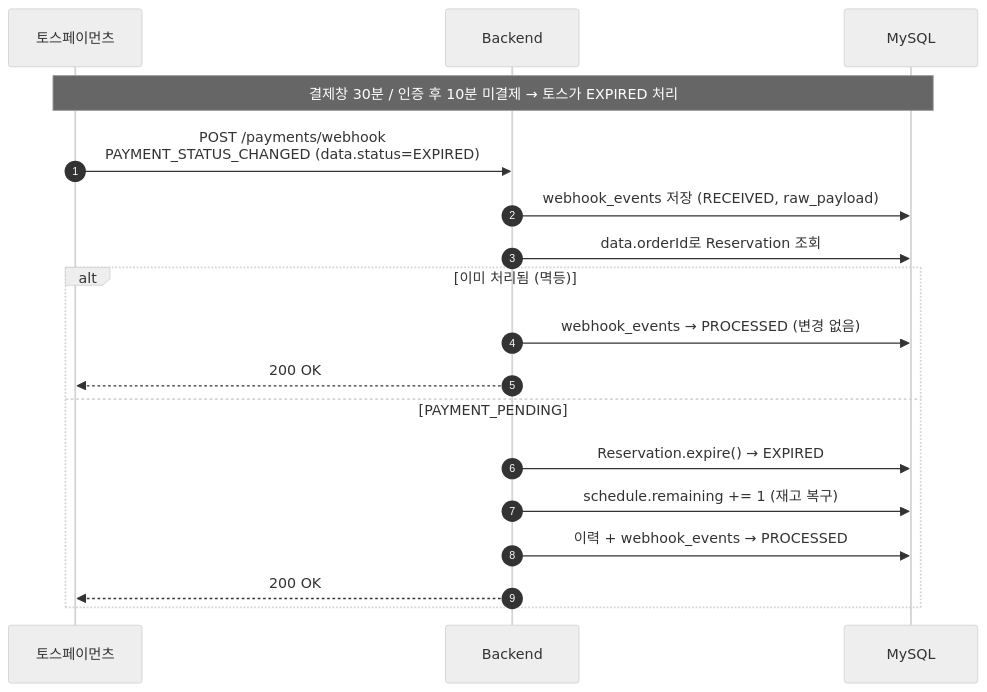
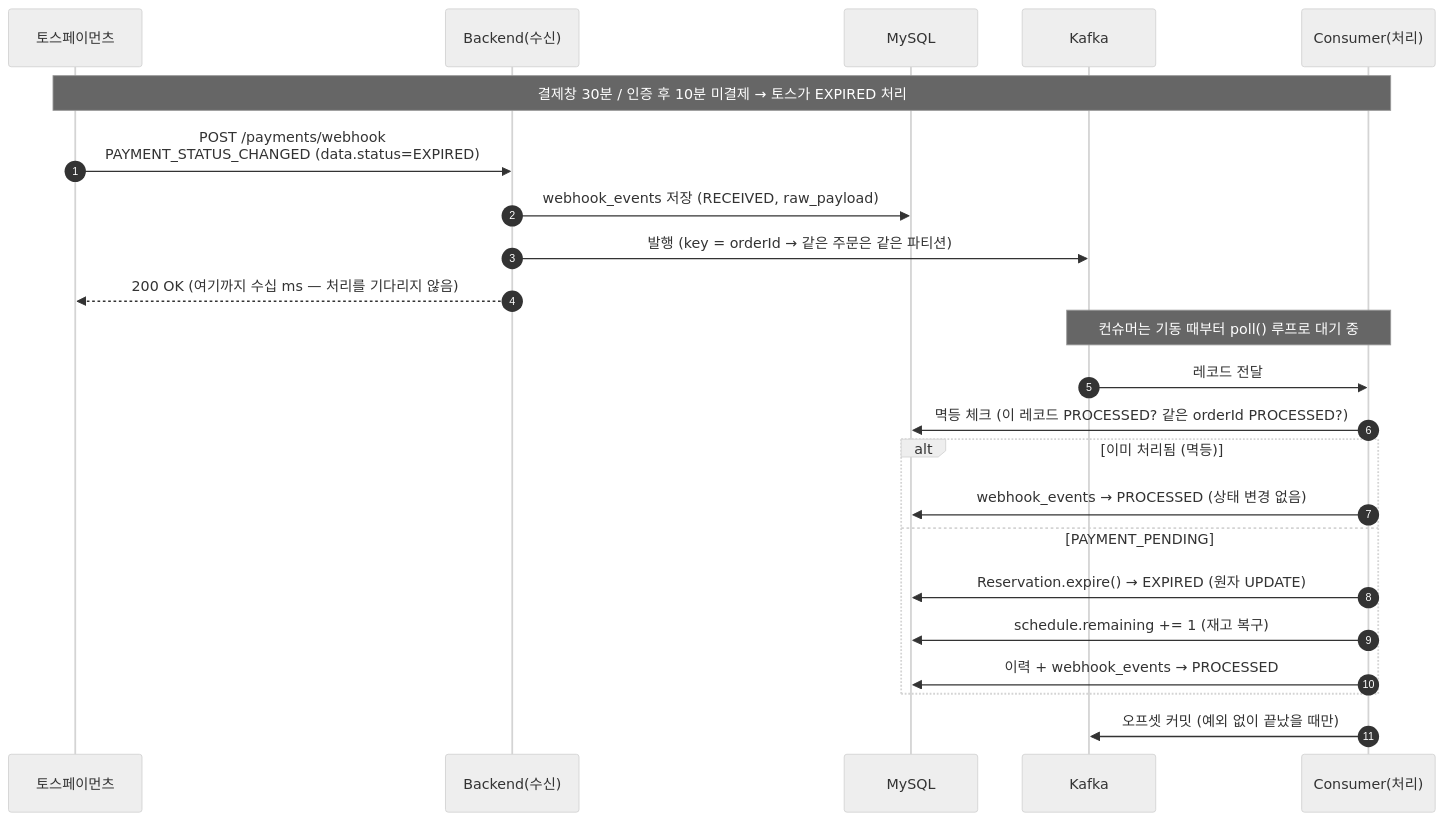
Before and after one commit to jju00n/driving-reservation: the third of 7 diagrams in docs/payment-sequence.md, drawn with Mermaid (neutral theme). The commit also changed other lines of this file and 19 other files, not shown here.

````diff
--- a/docs/payment-sequence.md
+++ b/docs/payment-sequence.md
@@ -107,22 +111,29 @@
 ```mermaid
 sequenceDiagram
     autonumber
     participant TOSS as 토스페이먼츠
-    participant BE as Backend
+    participant BE as Backend(수신)
     participant DB as MySQL
+    participant K as Kafka
+    participant C as Consumer(처리)
 
-    Note over TOSS,DB: 결제창 30분 / 인증 후 10분 미결제 → 토스가 EXPIRED 처리
+    Note over TOSS,C: 결제창 30분 / 인증 후 10분 미결제 → 토스가 EXPIRED 처리
     TOSS->>BE: POST /payments/webhook<br/>PAYMENT_STATUS_CHANGED (data.status=EXPIRED)
     BE->>DB: webhook_events 저장 (RECEIVED, raw_payload)
-    BE->>DB: data.orderId로 Reservation 조회
+    BE->>K: 발행 (key = orderId → 같은 주문은 같은 파티션)
+    BE-->>TOSS: 200 OK (여기까지 수십 ms — 처리를 기다리지 않음)
+
+    Note over K,C: 컨슈머는 기동 때부터 poll() 루프로 대기 중
+    K->>C: 레코드 전달
+    C->>DB: 멱등 체크 (이 레코드 PROCESSED? 같은 orderId PROCESSED?)
 
     alt 이미 처리됨 (멱등)
-        BE->>DB: webhook_events → PROCESSED (변경 없음)
-        BE-->>TOSS: 200 OK
+        C->>DB: webhook_events → PROCESSED (상태 변경 없음)
     else PAYMENT_PENDING
-        BE->>DB: Reservation.expire() → EXPIRED
-        BE->>DB: schedule.remaining += 1 (재고 복구)
-        BE->>DB: 이력 + webhook_events → PROCESSED
-        BE-->>TOSS: 200 OK
+        C->>DB: Reservation.expire() → EXPIRED (원자 UPDATE)
+        C->>DB: schedule.remaining += 1 (재고 복구)
+        C->>DB: 이력 + webhook_events → PROCESSED
     end
+
+    C->>K: 오프셋 커밋 (예외 없이 끝났을 때만)
 ```
````
